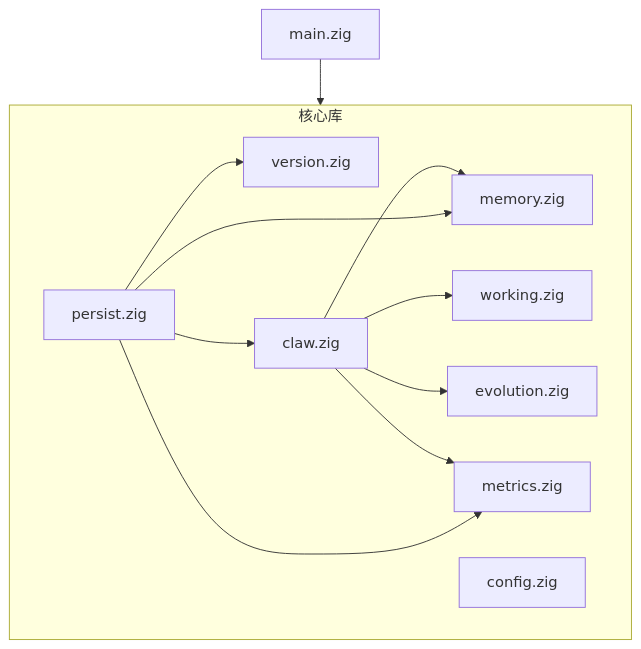
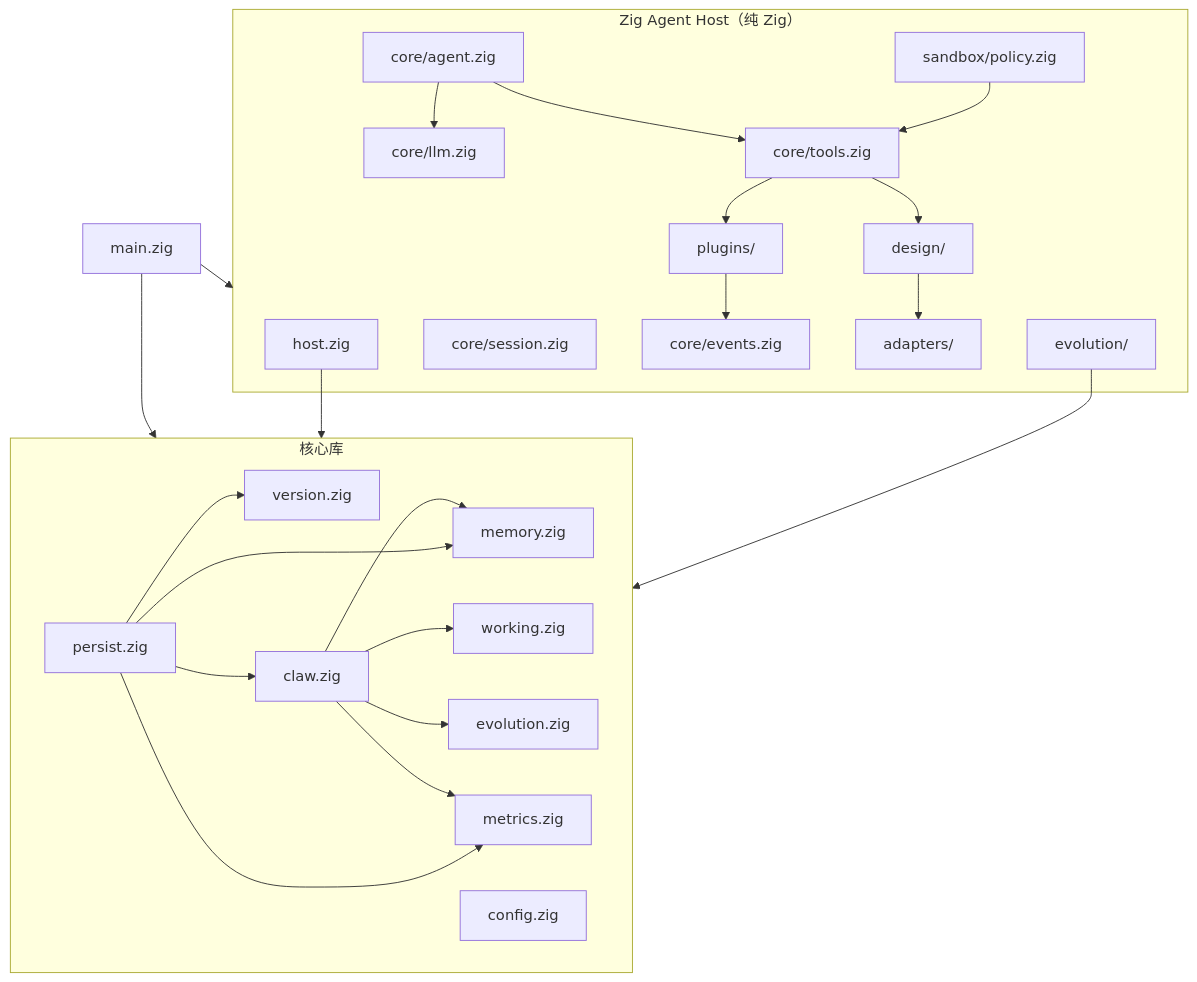
One commit to MobtgZhang/CuteClaw changed the diagram in docs/architecture.md. Above: the diagram before and after it, drawn with Mermaid. The commit also changed other lines of this file and 6 other files, not shown here.

````diff
--- a/docs/architecture.md
+++ b/docs/architecture.md
@@ -10,22 +11,45 @@
 ```mermaid
 flowchart TB
   subgraph core["核心库"]
     V[version.zig]
     M[memory.zig]
     W[working.zig]
     E[evolution.zig]
     X[metrics.zig]
     C[claw.zig]
     P[persist.zig]
     G[config.zig]
     C --> M
     C --> W
     C --> E
     C --> X
     P --> C
     P --> M
     P --> X
     P --> V
   end
   CLI[main.zig] --> core
+  subgraph host["Zig Agent Host（纯 Zig）"]
+    H[host.zig]
+    AC[core/agent.zig]
+    LLM[core/llm.zig]
+    SES[core/session.zig]
+    TL[core/tools.zig]
+    EV[core/events.zig]
+    DZ[design/]
+    AD[adapters/]
+    PL[plugins/]
+    SB[sandbox/policy.zig]
+    EVR[evolution/]
+  end
+  H --> core
+  AC --> LLM
+  AC --> TL
+  TL --> DZ
+  TL --> PL
+  PL --> EV
+  DZ --> AD
+  EVR --> core
+  SB --> TL
+  CLI --> host
 ```
````
